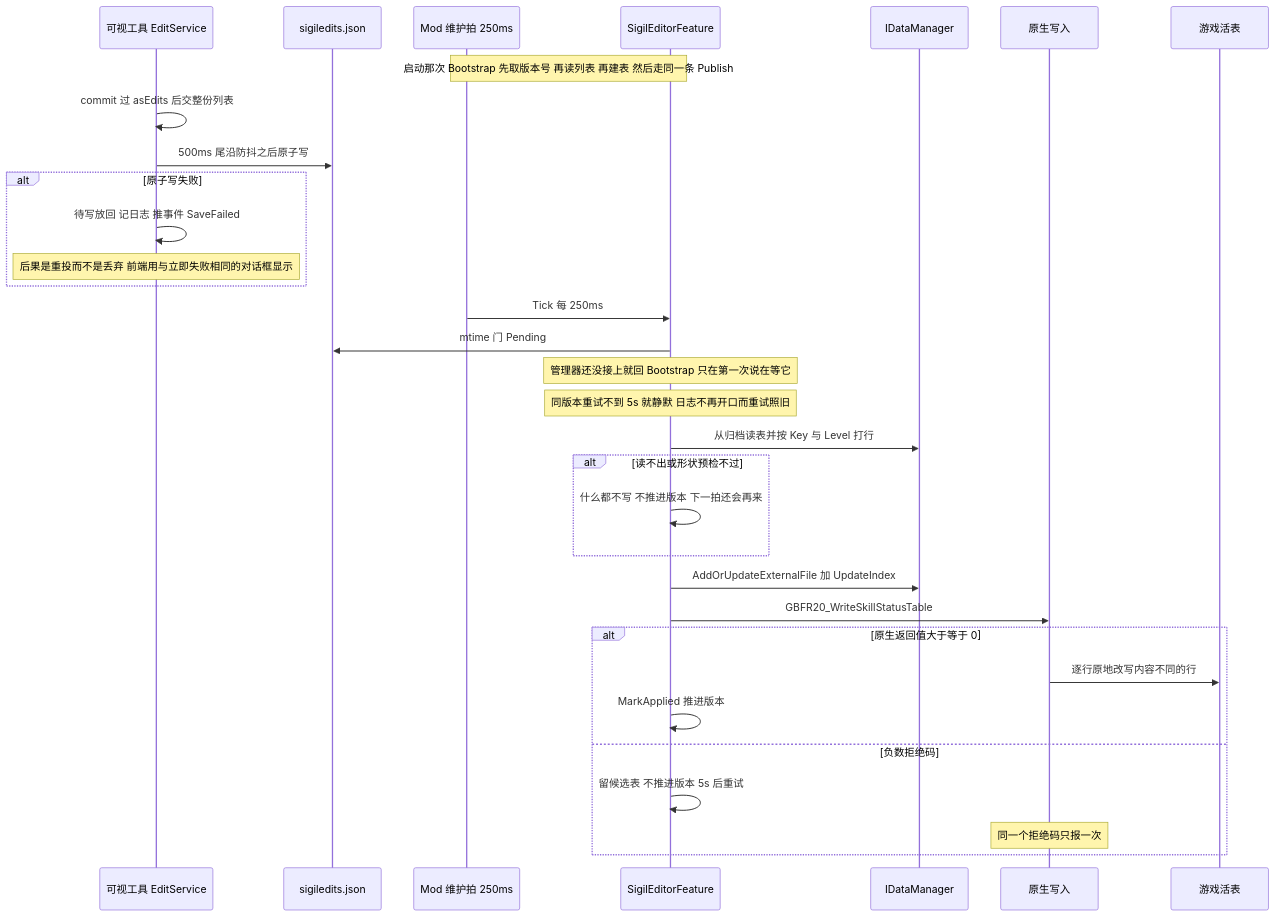
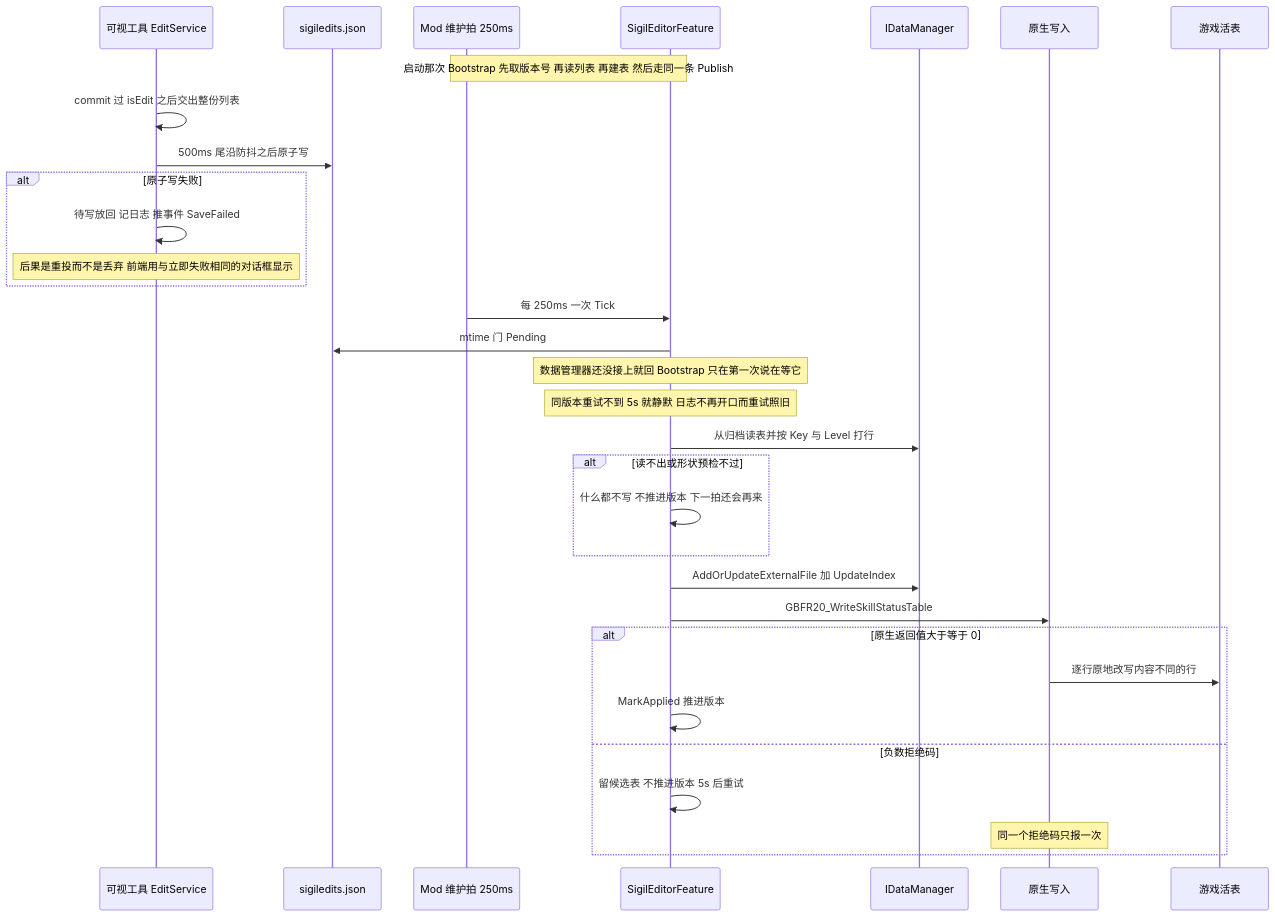
One commit to baagod/GBFR-Sigil-Loadout changed the first of 2 diagrams in openwiki/workflows/sigil-edit-apply.md. Above: the diagram before and after it, drawn with Mermaid. The commit also changed other lines of this file and 52 other files, not shown here.

````diff
--- a/openwiki/workflows/sigil-edit-apply.md
+++ b/openwiki/workflows/sigil-edit-apply.md
@@ -72,35 +86,35 @@
 ```mermaid
 sequenceDiagram
     participant Tool as 可视工具 EditService
     participant File as sigiledits.json
     participant Tick as Mod 维护拍 250ms
     participant FE as SigilEditorFeature
     participant DM as IDataManager
     participant NC as 原生写入
     participant Game as 游戏活表
 
     Note over Tick,FE: 启动那次 Bootstrap 先取版本号 再读列表 再建表 然后走同一条 Publish
-    Tool->>Tool: commit 过 asEdits 后交整份列表
+    Tool->>Tool: commit 过 isEdit 之后交出整份列表
     Tool->>File: 500ms 尾沿防抖之后原子写
     alt 原子写失败
         Tool->>Tool: 待写放回 记日志 推事件 SaveFailed
         Note over Tool: 后果是重投而不是丢弃 前端用与立即失败相同的对话框显示
     end
-    Tick->>FE: Tick 每 250ms
+    Tick->>FE: 每 250ms 一次 Tick
     FE->>File: mtime 门 Pending
-    Note over FE: 管理器还没接上就回 Bootstrap 只在第一次说在等它
+    Note over FE: 数据管理器还没接上就回 Bootstrap 只在第一次说在等它
     Note over FE: 同版本重试不到 5s 就静默 日志不再开口而重试照旧
     FE->>DM: 从归档读表并按 Key 与 Level 打行
     alt 读不出或形状预检不过
         FE->>FE: 什么都不写 不推进版本 下一拍还会再来
     end
     FE->>DM: AddOrUpdateExternalFile 加 UpdateIndex
     FE->>NC: GBFR20_WriteSkillStatusTable
     alt 原生返回值大于等于 0
         NC->>Game: 逐行原地改写内容不同的行
         FE->>FE: MarkApplied 推进版本
     else 负数拒绝码
         FE->>FE: 留候选表 不推进版本 5s 后重试
         Note over NC: 同一个拒绝码只报一次
     end
 ```
````
